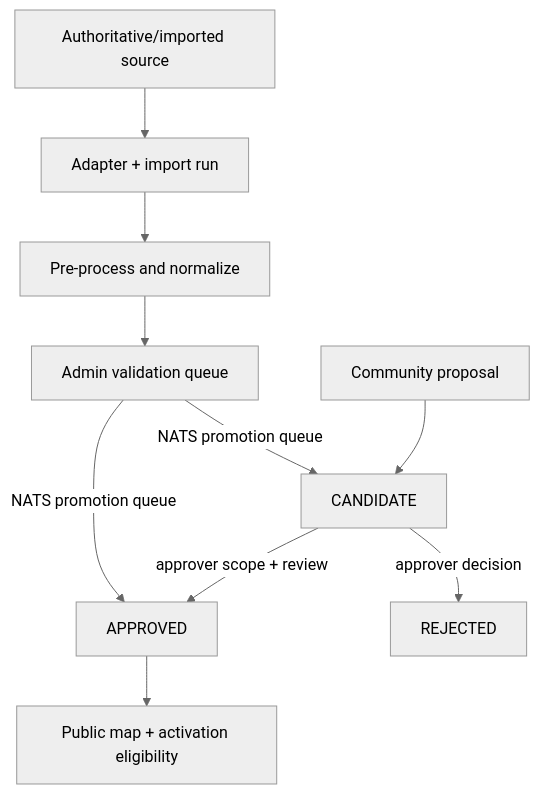
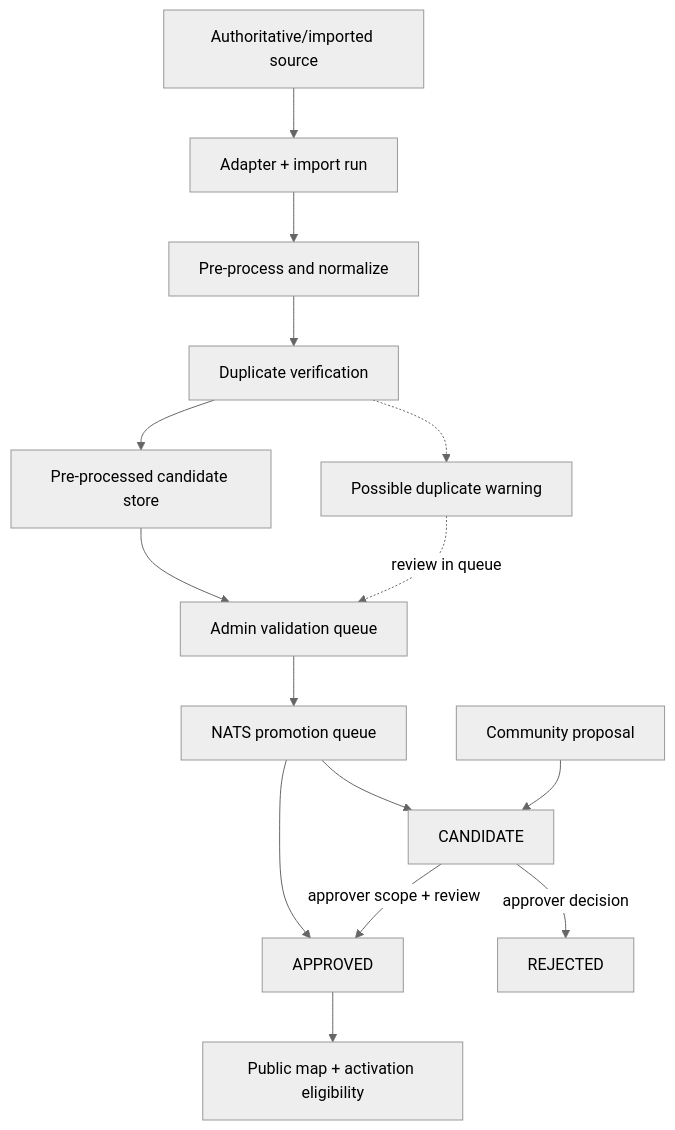
One commit to myota-platform/myota-docs changed the second of 3 diagrams in docs/architecture.md. Above: the diagram before and after it, drawn with Mermaid (neutral theme). The commit also changed other lines of this file and 4 other files, not shown here.

First line of the commit message:
Document staged import verification flow

````diff
--- a/docs/architecture.md
+++ b/docs/architecture.md
@@ -75,12 +75,17 @@
 ```mermaid
 flowchart TD
   S[Authoritative/imported source] --> R[Adapter + import run]
   R --> P[Pre-process and normalize]
-  P --> V[Admin validation queue]
-  V -->|NATS promotion queue| C[CANDIDATE]
-  V -->|NATS promotion queue| A[APPROVED]
-  Q[Community proposal] --> C
+  P --> D[Duplicate verification]
+  D --> Store[Pre-processed candidate store]
+  D -.-> W[Possible duplicate warning]
+  Store --> V[Admin validation queue]
+  W -. review in queue .-> V
+  V --> Q[NATS promotion queue]
+  Q --> C[CANDIDATE]
+  Q --> A[APPROVED]
+  Community[Community proposal] --> C
   C -->|approver scope + review| A
   C -->|approver decision| X[REJECTED]
   A --> M[Public map + activation eligibility]
 ```
````
